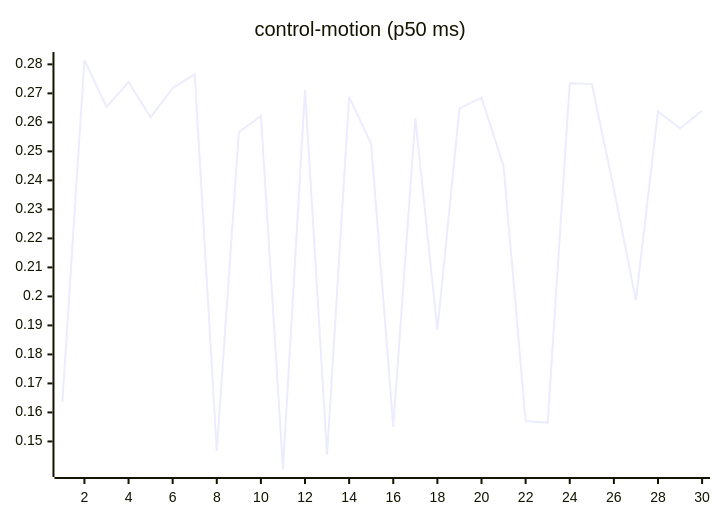
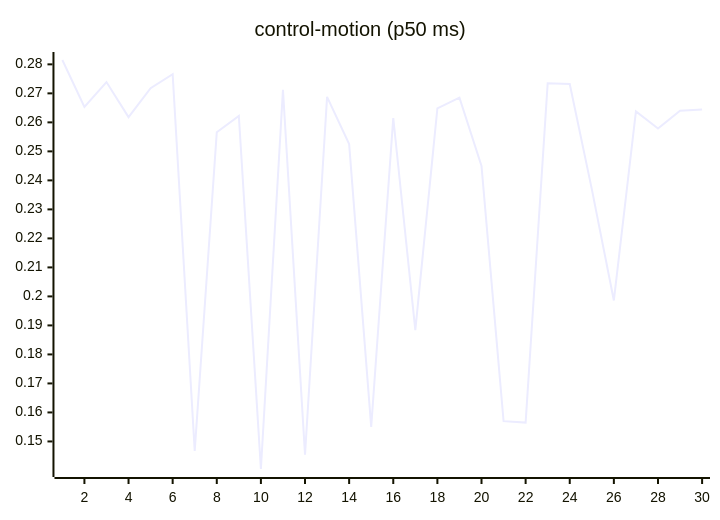
Before and after one commit to josha/Facet: the seventh of 27 diagrams in README.md, drawn with Mermaid. The commit also changed other lines of this file and 2 other files, not shown here.

````diff
--- a/README.md
+++ b/README.md
@@ -105,6 +105,6 @@
 ```mermaid
 xychart-beta
     title "control-motion (p50 ms)"
     x-axis 1 --> 30
-    line [0.1636, 0.2815, 0.2653, 0.2739, 0.2618, 0.2718, 0.2766, 0.1467, 0.2566, 0.2622, 0.1405, 0.2712, 0.1454, 0.2688, 0.2525, 0.1550, 0.2615, 0.1884, 0.2648, 0.2685, 0.2450, 0.1570, 0.1565, 0.2735, 0.2732, 0.2370, 0.1986, 0.2638, 0.2579, 0.2640]
+    line [0.2815, 0.2653, 0.2739, 0.2618, 0.2718, 0.2766, 0.1467, 0.2566, 0.2622, 0.1405, 0.2712, 0.1454, 0.2688, 0.2525, 0.1550, 0.2615, 0.1884, 0.2648, 0.2685, 0.2450, 0.1570, 0.1565, 0.2735, 0.2732, 0.2370, 0.1986, 0.2638, 0.2579, 0.2640, 0.2644]
 ```
````
